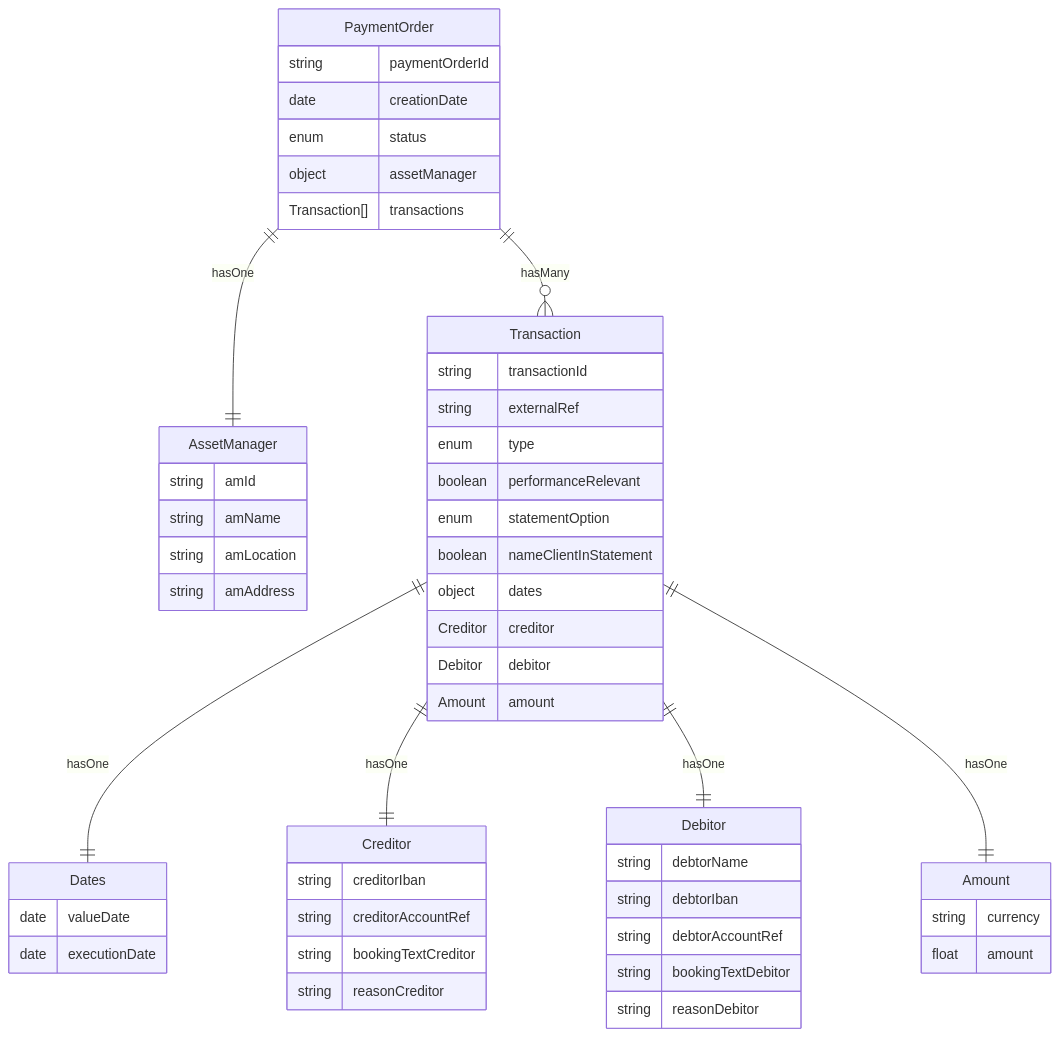
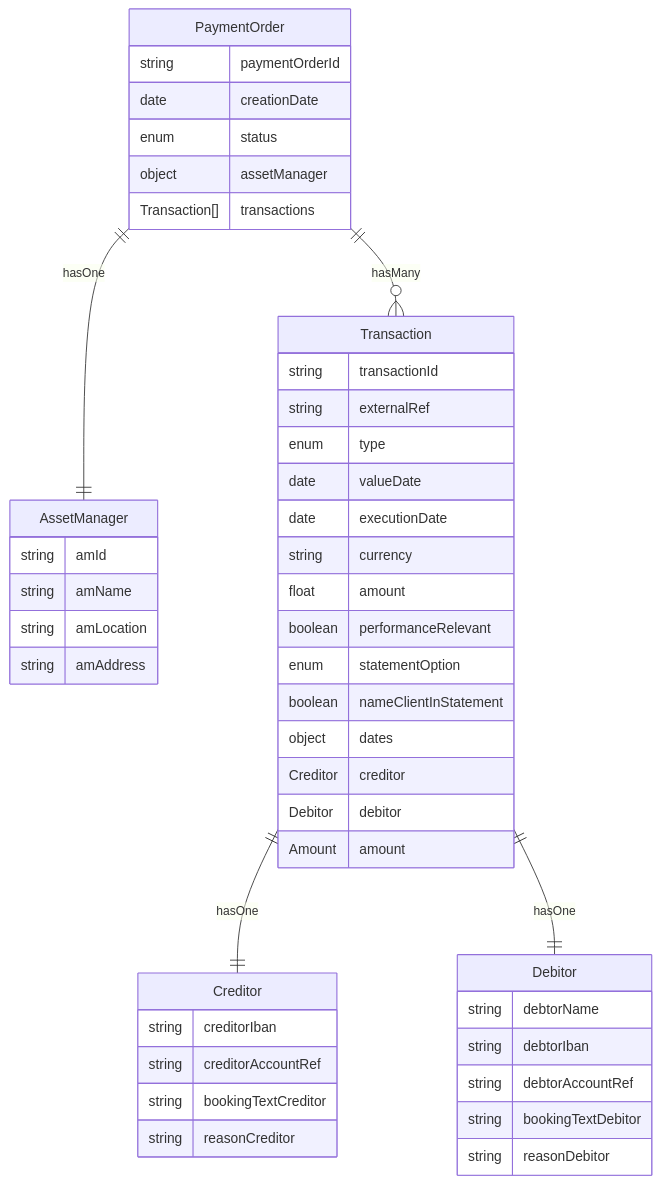
The diagram in model.md (OWGreg/OpenWealth_Fee_API_Design), drawn with Mermaid before and after one commit.

````diff
--- a/model.md
+++ b/model.md
@@ -3,63 +3,58 @@
 ```mermaid
 erDiagram
 
     PaymentOrder {
         string paymentOrderId
         date creationDate
         enum status
         object assetManager
         Transaction[] transactions
     }
 
     AssetManager {
         string amId
         string amName
         string amLocation
         string amAddress
     }
 
     Transaction {
         string transactionId
         string externalRef
         enum type
+        date valueDate
+        date executionDate
+        string currency
+        float amount
         boolean performanceRelevant
         enum statementOption
         boolean nameClientInStatement
         object dates
         Creditor creditor
         Debitor debitor
         Amount amount
     }
 
-    Dates {
-        date valueDate
-        date executionDate
-    }
 
     Creditor {
         string creditorIban
         string creditorAccountRef
         string bookingTextCreditor
         string reasonCreditor
     }
 
     Debitor {
         string debtorName
         string debtorIban
         string debtorAccountRef
         string bookingTextDebitor
         string reasonDebitor
     }
 
-    Amount {
-        string currency
-        float amount
-    }
 
     PaymentOrder ||--|| AssetManager : hasOne
     PaymentOrder ||--o{ Transaction : hasMany
-    Transaction ||--|| Dates : hasOne
     Transaction ||--|| Creditor : hasOne
     Transaction ||--|| Debitor : hasOne
-    Transaction ||--|| Amount : hasOne
+
 ```
````
